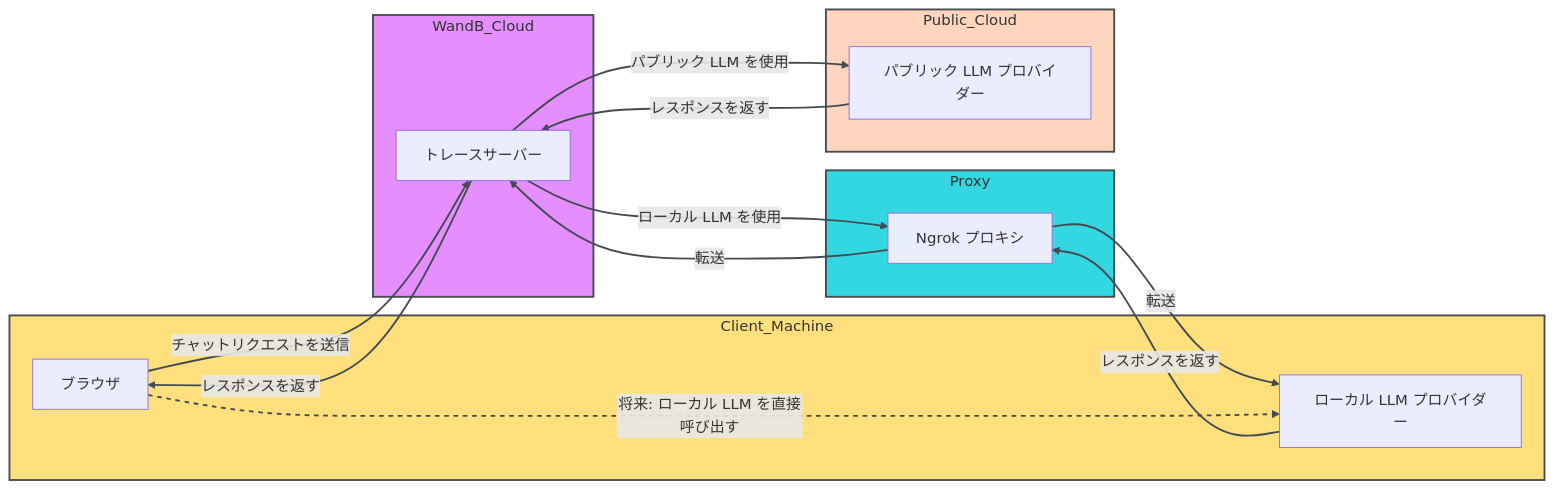
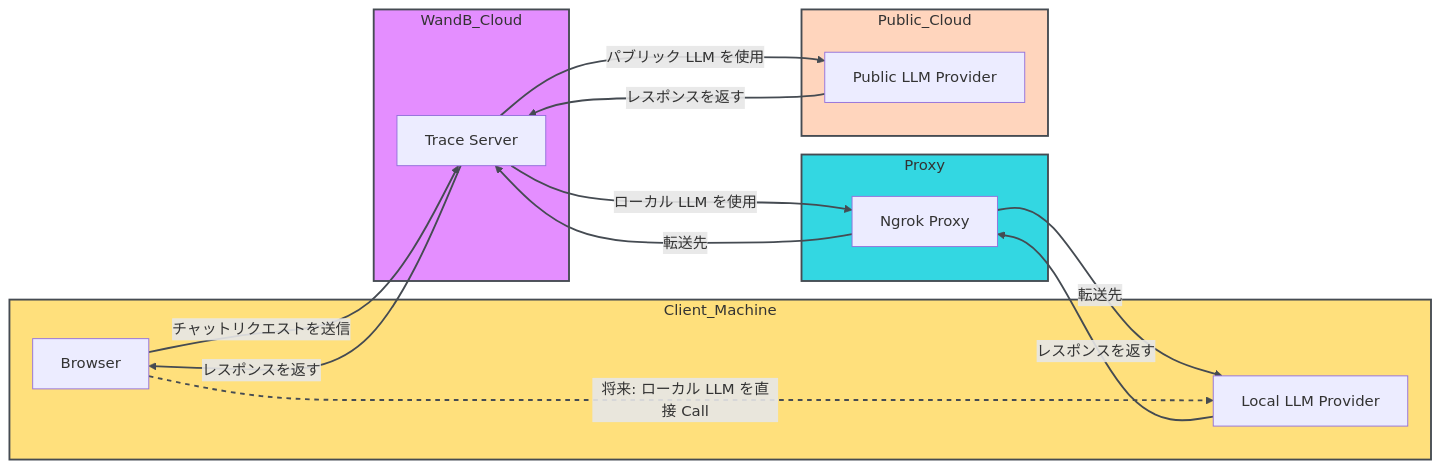
Before and after one commit to wandb/docs: the diagram in ja/weave/guides/tools/playground.mdx, drawn with Mermaid. The commit also changed other lines of this file and 2715 other files, not shown here.

````diff
--- a/ja/weave/guides/tools/playground.mdx
+++ b/ja/weave/guides/tools/playground.mdx
@@ -277,49 +279,49 @@
 ```mermaid
 flowchart LR
     %% スタイル定義
     classDef clientMachine fill:#FFD95CCC,stroke:#454B52,stroke-width:2px
     classDef proxy fill:#00CDDBCC,stroke:#454B52,stroke-width:2px
     classDef wandbCloud fill:#DE72FFCC,stroke:#454B52,stroke-width:2px
     classDef publicCloud fill:#FFCBADCC,stroke:#454B52,stroke-width:2px
 
     %% サブグラフ
     subgraph Client_Machine
-        browser[ブラウザ]
-        llm_local[ローカル LLM プロバイダー]
+        browser[Browser]
+        llm_local[Local LLM Provider]
     end
 
     subgraph Proxy
-        ngrok[Ngrok プロキシ]
+        ngrok[Ngrok Proxy]
     end
 
     subgraph WandB_Cloud
-        trace_server[トレースサーバー]
+        trace_server[Trace Server]
     end
 
     subgraph Public_Cloud
-        llm_cloud[パブリック LLM プロバイダー]
+        llm_cloud[Public LLM Provider]
     end
 
     %% サブグラフにスタイルを適用
     class Client_Machine clientMachine
     class Proxy proxy
     class WandB_Cloud wandbCloud
     class Public_Cloud publicCloud
 
     %% 現在のデータフロー
     browser -->|チャットリクエストを送信| trace_server
     trace_server -->|パブリック LLM を使用| llm_cloud
     trace_server -->|ローカル LLM を使用| ngrok
-    ngrok -->|転送| llm_local
+    ngrok -->|転送先| llm_local
     llm_cloud -->|レスポンスを返す| trace_server
     llm_local -->|レスポンスを返す| ngrok
-    ngrok -->|転送| trace_server
+    ngrok -->|転送先| trace_server
     trace_server -->|レスポンスを返す| browser
 
-    %% 将来的な接続の可能性
-    browser -.->|将来: ローカル LLM を直接呼び出す| llm_local
+    %% 将来的に可能な接続
+    browser -.->|将来: ローカル LLM を直接 Call| llm_local
 
     %% リンクスタイル
     linkStyle default stroke:#454B52,stroke-width:2px
     linkStyle 8 stroke:#454B52,stroke-width:2px,stroke-dasharray:5
 ```
````
